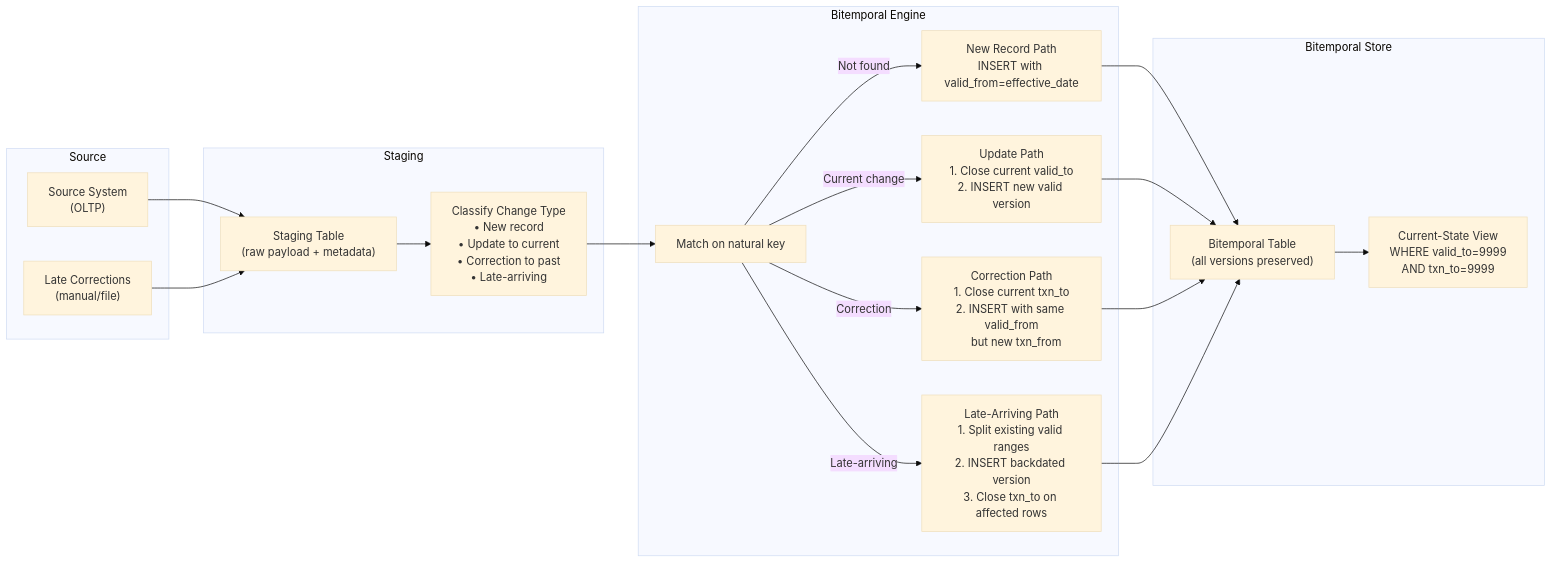
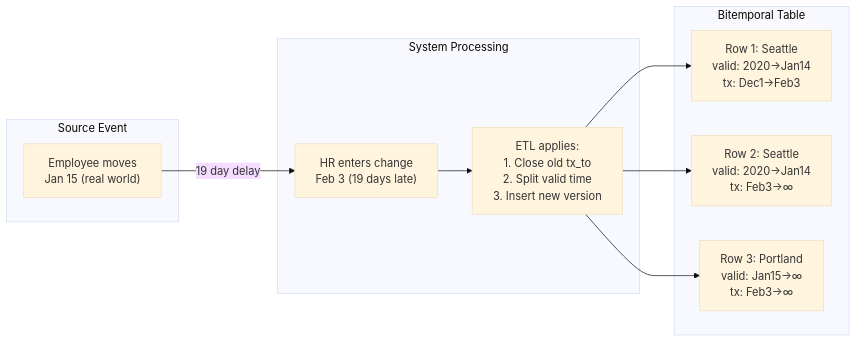
Before and after one commit to sivanagaraju/sparkantrigravity: the third of 3 diagrams in PrincipleDataArchitect/01_Data_Modeling/04_Temporal_and_Bitemporal_Modeling/01_Valid_vs_Transaction_Time/02_How_It_Works.md, drawn with Mermaid (base theme). The commit also changed other lines of this file and 79 other files, not shown here.

Commit message:
feat: Add comprehensive learning modules covering data modeling principles, NoSQL, graph databases, normalization, and database system internals.

````diff
--- a/PrincipleDataArchitect/01_Data_Modeling/04_Temporal_and_Bitemporal_Modeling/01_Valid_vs_Transaction_Time/02_How_It_Works.md
+++ b/PrincipleDataArchitect/01_Data_Modeling/04_Temporal_and_Bitemporal_Modeling/01_Valid_vs_Transaction_Time/02_How_It_Works.md
@@ -248,39 +132,19 @@
 ```mermaid
 flowchart LR
-    subgraph "Source"
-        SRC["Source System<br/>(OLTP)"]
-        LATE["Late Corrections<br/>(manual/file)"]
+    subgraph "Source Event"
+        EV["Employee moves<br/>Jan 15 (real world)"]
     end
     
-    subgraph "Staging"
-        STG["Staging Table<br/>(raw payload + metadata)"]
-        CLASSIFY["Classify Change Type<br/>• New record<br/>• Update to current<br/>• Correction to past<br/>• Late-arriving"]
+    subgraph "System Processing"
+        HR["HR enters change<br/>Feb 3 (19 days late)"]
+        ETL["ETL applies:<br/>1. Close old tx_to<br/>2. Split valid time<br/>3. Insert new version"]
     end
     
-    subgraph "Bitemporal Engine"
-        MATCH["Match on natural key"]
-        NEW["New Record Path<br/>INSERT with valid_from=effective_date"]
-        UPD["Update Path<br/>1. Close current valid_to<br/>2. INSERT new valid version"]
-        CORR["Correction Path<br/>1. Close current txn_to<br/>2. INSERT with same valid_from<br/>   but new txn_from"]
-        LATE_PATH["Late-Arriving Path<br/>1. Split existing valid ranges<br/>2. INSERT backdated version<br/>3. Close txn_to on affected rows"]
+    subgraph "Bitemporal Table"
+        R1["Row 1: Seattle<br/>valid: 2020→Jan14<br/>tx: Dec1→Feb3"]
+        R2["Row 2: Seattle<br/>valid: 2020→Jan14<br/>tx: Feb3→∞"]
+        R3["Row 3: Portland<br/>valid: Jan15→∞<br/>tx: Feb3→∞"]
     end
     
-    subgraph "Bitemporal Store"
-        BT["Bitemporal Table<br/>(all versions preserved)"]
-        VIEW["Current-State View<br/>WHERE valid_to=9999<br/>AND txn_to=9999"]
-    end
-    
-    SRC --> STG
-    LATE --> STG
-    STG --> CLASSIFY
-    CLASSIFY --> MATCH
-    MATCH -->|"Not found"| NEW
-    MATCH -->|"Current change"| UPD
-    MATCH -->|"Correction"| CORR
-    MATCH -->|"Late-arriving"| LATE_PATH
-    NEW --> BT
-    UPD --> BT
-    CORR --> BT
-    LATE_PATH --> BT
-    BT --> VIEW
+    EV -->|"19 day delay"| HR --> ETL --> R1 & R2 & R3
 ```
````
